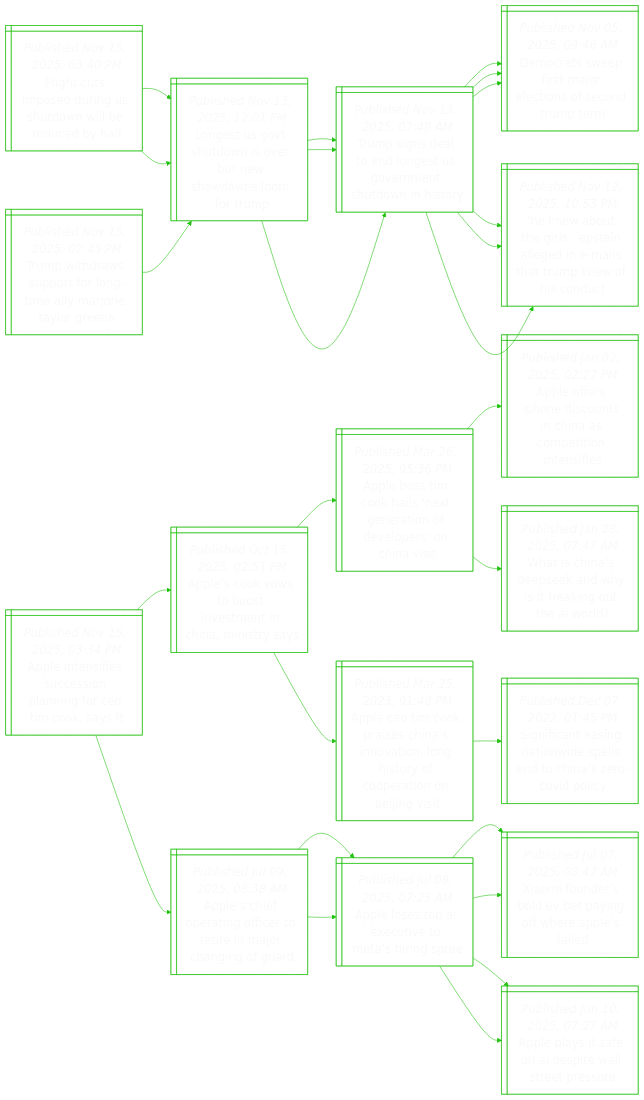
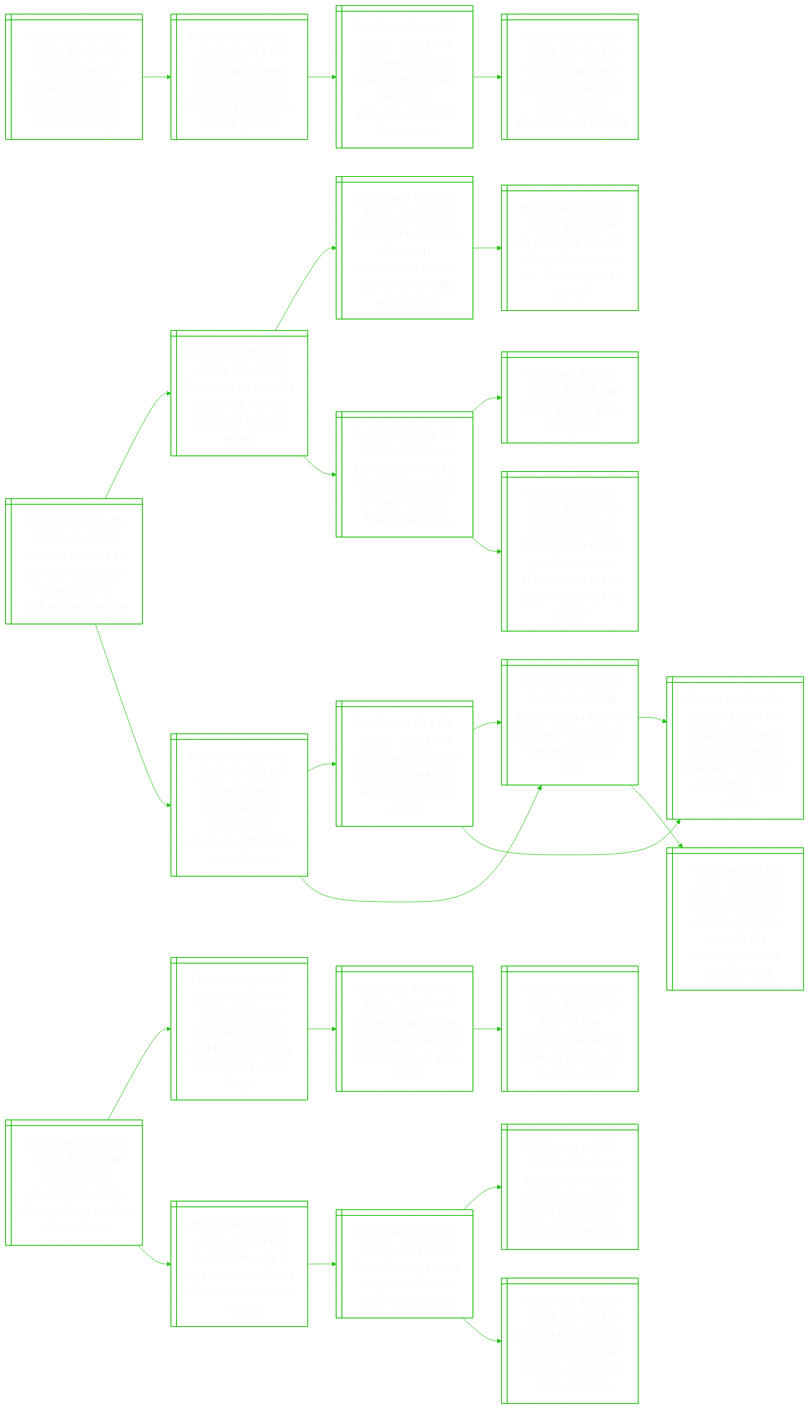
Before and after one commit to notJmes/notJmes: the diagram in README.md, drawn with Mermaid. The commit also changed other lines of this file, not shown here.

````diff
--- a/README.md
+++ b/README.md
@@ -16,91 +16,85 @@
 flowchart LR
 classDef txtsize font-size:20px;
 
-Ftieisoledl@{ shape: win-pane, label: "_Published Nov 15, 2025, 03:40 PM_
-Flight cuts imposed during us shutdown will be reduced by half" }
-Lsounenonmr@{ shape: win-pane, label: "_Published Nov 13, 2025, 12:01 PM_
-Longest us govt shutdown is over but new showdowns loom for trump" }
-Tsdootveuns@{ shape: win-pane, label: "_Published Nov 13, 2025, 07:48 AM_
-Trump signs deal to end longest us government shutdown in history" }
-Drwialosdp@{ shape: win-pane, label: "_Published Nov 05, 2025, 09:46 AM_
-Democrats sweep first major elections of second trump term" }
-HwtipngesTkfot@{ shape: win-pane, label: "_Published Nov 12, 2025, 10:53 PM_
-‘he knew about the girls’: epstein alleged in e-mails that trump knew of his conduct" }
-Lsounenonmr@{ shape: win-pane, label: "_Published Nov 13, 2025, 12:01 PM_
-Longest us govt shutdown is over but new showdowns loom for trump" }
-Tsdootveuns@{ shape: win-pane, label: "_Published Nov 13, 2025, 07:48 AM_
-Trump signs deal to end longest us government shutdown in history" }
-Drwialosdp@{ shape: win-pane, label: "_Published Nov 05, 2025, 09:46 AM_
-Democrats sweep first major elections of second trump term" }
-HwtipngesTkfot@{ shape: win-pane, label: "_Published Nov 12, 2025, 10:53 PM_
-‘he knew about the girls’: epstein alleged in e-mails that trump knew of his conduct" }
-
-Ftieisoledl:::txtsize --> Lsounenonmr:::txtsize
-Lsounenonmr:::txtsize --> Tsdootveuns:::txtsize
-Tsdootveuns:::txtsize --> Drwialosdp:::txtsize
-Tsdootveuns:::txtsize --> HwtipngesTkfot:::txtsize
-Ftieisoledl:::txtsize --> Lsounenonmr:::txtsize
-Lsounenonmr:::txtsize --> Tsdootveuns:::txtsize
-Tsdootveuns:::txtsize --> Drwialosdp:::txtsize
-Tsdootveuns:::txtsize --> HwtipngesTkfot:::txtsize
-
-AissennoTos@{ shape: win-pane, label: "_Published Nov 15, 2025, 03:34 PM_
-Apple intensifies succession planning for ceo tim cook, says ft" }
-Asvotstiny@{ shape: win-pane, label: "_Published Oct 15, 2025, 02:51 PM_
-Apple’s cook vows to boost investment in china, ministry says" }
-Abiksgaoerhi@{ shape: win-pane, label: "_Published Mar 26, 2025, 05:36 PM_
-Apple boss tim cook hails ‘next generation of developers’ on china visit" }
-Aosncsictnne@{ shape: win-pane, label: "_Published Jan 02, 2025, 02:27 PM_
-Apple offers iphone discounts in china as competition intensifies" }
-WsapayfitId@{ shape: win-pane, label: "_Published Jan 28, 2025, 07:47 AM_
-What is china’s deepseek and why is it freaking out the ai world?" }
-ACmpennintfeoegt@{ shape: win-pane, label: "_Published Mar 25, 2023, 01:48 PM_
-Apple ceo tim cook praises china's innovation, long history of cooperation on beijing visit" }
-Sftnidldievl@{ shape: win-pane, label: "_Published Dec 07, 2022, 01:45 PM_
-Significant easing nationwide spells end to china’s zero-covid policy" }
-Asfaoeeionor@{ shape: win-pane, label: "_Published Jul 09, 2025, 08:38 AM_
-Apple’s chief operating officer to retire in major changing of guard" }
-Altetosne@{ shape: win-pane, label: "_Published Jul 08, 2025, 07:25 AM_
-Apple loses top ai executive to meta’s hiring spree" }
-Xidobyfrli@{ shape: win-pane, label: "_Published Jul 07, 2025, 08:47 AM_
-Xiaomi founder’s bold ev bet paying off where apple’s failed" }
-Apiedtles@{ shape: win-pane, label: "_Published Jun 10, 2025, 07:27 AM_
-Apple plays it safe on ai despite wall street pressure" }
-Altetosne@{ shape: win-pane, label: "_Published Jul 08, 2025, 07:25 AM_
-Apple loses top ai executive to meta’s hiring spree" }
-Xidobyfrli@{ shape: win-pane, label: "_Published Jul 07, 2025, 08:47 AM_
-Xiaomi founder’s bold ev bet paying off where apple’s failed" }
-Apiedtles@{ shape: win-pane, label: "_Published Jun 10, 2025, 07:27 AM_
-Apple plays it safe on ai despite wall street pressure" }
-
-AissennoTos:::txtsize --> Asvotstiny:::txtsize
-Asvotstiny:::txtsize --> Abiksgaoerhi:::txtsize
-Abiksgaoerhi:::txtsize --> Aosncsictnne:::txtsize
-Abiksgaoerhi:::txtsize --> WsapayfitId:::txtsize
-Asvotstiny:::txtsize --> ACmpennintfeoegt:::txtsize
-ACmpennintfeoegt:::txtsize --> Sftnidldievl:::txtsize
-AissennoTos:::txtsize --> Asfaoeeionor:::txtsize
-Asfaoeeionor:::txtsize --> Altetosne:::txtsize
-Altetosne:::txtsize --> Xidobyfrli:::txtsize
-Altetosne:::txtsize --> Apiedtles:::txtsize
-Asfaoeeionor:::txtsize --> Altetosne:::txtsize
-Altetosne:::txtsize --> Xidobyfrli:::txtsize
-Altetosne:::txtsize --> Apiedtles:::txtsize
-
+TsotEiasci@{ shape: win-pane, label: "_Published Nov 15, 2025, 07:07 PM_
+Trump’s teflon tested as epstein saga looms over 2026 campaign" }
 TwrutomyoaGe@{ shape: win-pane, label: "_Published Nov 15, 2025, 02:43 PM_
 Trump withdraws support for long-time ally marjorie taylor greene" }
 Lsounenonmr@{ shape: win-pane, label: "_Published Nov 13, 2025, 12:01 PM_
 Longest us govt shutdown is over but new showdowns loom for trump" }
 Tsdootveuns@{ shape: win-pane, label: "_Published Nov 13, 2025, 07:48 AM_
 Trump signs deal to end longest us government shutdown in history" }
-Drwialosdp@{ shape: win-pane, label: "_Published Nov 05, 2025, 09:46 AM_
-Democrats sweep first major elections of second trump term" }
-HwtipngesTkfot@{ shape: win-pane, label: "_Published Nov 12, 2025, 10:53 PM_
-‘he knew about the girls’: epstein alleged in e-mails that trump knew of his conduct" }
 
+TsotEiasci:::txtsize --> TwrutomyoaGe:::txtsize
 TwrutomyoaGe:::txtsize --> Lsounenonmr:::txtsize
 Lsounenonmr:::txtsize --> Tsdootveuns:::txtsize
-Tsdootveuns:::txtsize --> Drwialosdp:::txtsize
-Tsdootveuns:::txtsize --> HwtipngesTkfot:::txtsize
+
+Vauodesetiup@{ shape: win-pane, label: "_Published Nov 15, 2025, 06:52 PM_
+Vatican returns to canada artefacts connected to indigenous people" }
+Persumsdte@{ shape: win-pane, label: "_Published Nov 13, 2025, 06:47 AM_
+Pope leo shares his favourite movies ahead of vatican event" }
+PeieubnUhslit@{ shape: win-pane, label: "_Published Nov 07, 2025, 06:25 PM_
+Pope leo’s critique of trump emboldens top us catholics to help immigrants" }
+UdPscooimat@{ shape: win-pane, label: "_Published May 09, 2025, 12:09 AM_
+Us cardinal prevost elected pope leo xiv, first american pontiff" }
+UeMnsooecnte@{ shape: win-pane, label: "_Published May 01, 2025, 06:52 AM_
+Us director martin scorsese got one of pope francis’ final interviews" }
+Prsa@{ shape: win-pane, label: "_Published Apr 21, 2025, 04:01 PM_
+Pope francis dies at age 88" }
+DtrcsaomaJCtrie@{ shape: win-pane, label: "_Published Jun 01, 2023, 05:20 PM_
+Director martin scorsese to make another movie about jesus christ after meeting the pope" }
+Eocswqeetodt@{ shape: win-pane, label: "_Published Nov 02, 2025, 04:18 AM_
+Egypt opens colossal new antiquities museum after two-decade wait" }
+EooVyesempc@{ shape: win-pane, label: "_Published Oct 04, 2025, 11:21 PM_
+Egypt opens one of valley of the kings’ largest tombs to public" }
+Esigaretwg@{ shape: win-pane, label: "_Published Sep 18, 2025, 08:50 PM_
+Egypt says missing pharaoh’s bracelet melted down for gold" }
+Eaniiepomoar@{ shape: win-pane, label: "_Published Feb 20, 2025, 10:00 AM_
+Egypt announces first discovery of pharaoh’s tomb in more than 100 years" }
+Esigaretwg@{ shape: win-pane, label: "_Published Sep 18, 2025, 08:50 PM_
+Egypt says missing pharaoh’s bracelet melted down for gold" }
+Eaniiepomoar@{ shape: win-pane, label: "_Published Feb 20, 2025, 10:00 AM_
+Egypt announces first discovery of pharaoh’s tomb in more than 100 years" }
+Anpmerlstoll@{ shape: win-pane, label: "_Published Jul 03, 2025, 02:56 AM_
+Ancient egyptian man’s genome reveals his society’s cross-cultural ties" }
+
+Vauodesetiup:::txtsize --> Persumsdte:::txtsize
+Persumsdte:::txtsize --> PeieubnUhslit:::txtsize
+PeieubnUhslit:::txtsize --> UdPscooimat:::txtsize
+Persumsdte:::txtsize --> UeMnsooecnte:::txtsize
+UeMnsooecnte:::txtsize --> Prsa:::txtsize
+UeMnsooecnte:::txtsize --> DtrcsaomaJCtrie:::txtsize
+Vauodesetiup:::txtsize --> Eocswqeetodt:::txtsize
+Eocswqeetodt:::txtsize --> EooVyesempc:::txtsize
+EooVyesempc:::txtsize --> Esigaretwg:::txtsize
+EooVyesempc:::txtsize --> Eaniiepomoar:::txtsize
+Eocswqeetodt:::txtsize --> Esigaretwg:::txtsize
+Esigaretwg:::txtsize --> Eaniiepomoar:::txtsize
+Esigaretwg:::txtsize --> Anpmerlstoll:::txtsize
+
+Dyoeaaiedp@{ shape: win-pane, label: "_Published Nov 15, 2025, 04:15 PM_
+Disney and youtube tv reach deal, ending weeks of disruption" }
+DyonslTienrse@{ shape: win-pane, label: "_Published Jun 03, 2025, 08:24 AM_
+Disney lays off hundreds in film and tv businesses as industry woes linger" }
+Dyuirdaerbb@{ shape: win-pane, label: "_Published May 07, 2025, 09:27 PM_
+Disney announces its first middle east theme park in abu dhabi" }
+OtuteoPIDy@{ shape: win-pane, label: "_Published Dec 23, 2024, 02:00 PM_
+One of the toughest tables to book in paris? it’s in disneyland" }
+Ybsoplswsid@{ shape: win-pane, label: "_Published Oct 30, 2025, 12:50 PM_
+Youtube to use ai to sharpen millions of lower-resolution videos" }
+YbnIolpgu@{ shape: win-pane, label: "_Published Aug 15, 2025, 08:15 AM_
+Youtube turns to ai to spot children posing as adults" }
+AaitombYbaeo@{ shape: win-pane, label: "_Published Jul 30, 2025, 06:43 AM_
+Australia widens teen social media ban to youtube, scraps exemption" }
+UacoaerepnIc@{ shape: win-pane, label: "_Published Aug 15, 2025, 04:56 AM_
+Us senators call for meta probe after reuters report on its ai policies" }
+
+Dyoeaaiedp:::txtsize --> DyonslTienrse:::txtsize
+DyonslTienrse:::txtsize --> Dyuirdaerbb:::txtsize
+Dyuirdaerbb:::txtsize --> OtuteoPIDy:::txtsize
+Dyoeaaiedp:::txtsize --> Ybsoplswsid:::txtsize
+Ybsoplswsid:::txtsize --> YbnIolpgu:::txtsize
+YbnIolpgu:::txtsize --> AaitombYbaeo:::txtsize
+YbnIolpgu:::txtsize --> UacoaerepnIc:::txtsize
 
 ```
````
